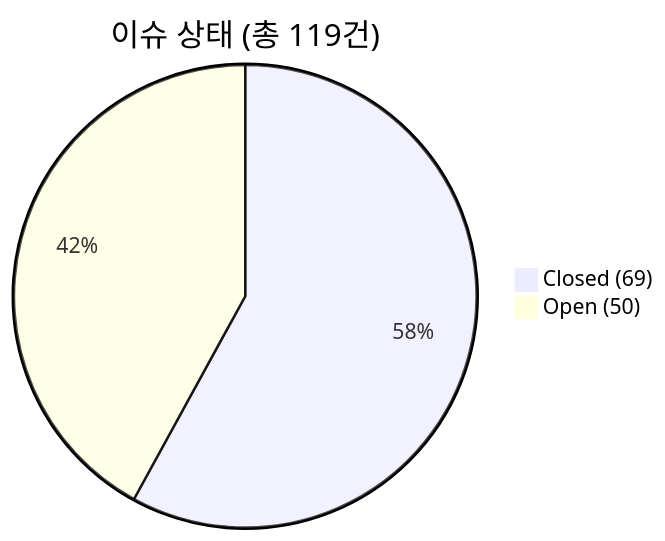
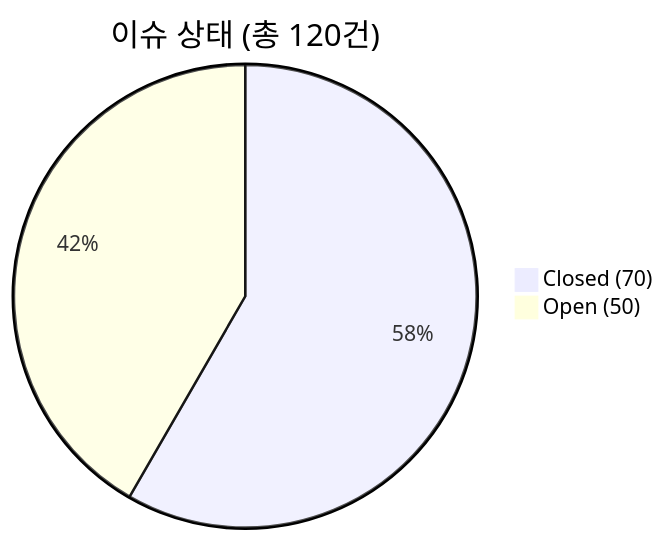
One commit to holee9/MD-process changed the first of 4 diagrams in README.md. Above: the diagram before and after it, drawn with Mermaid. The commit also changed other lines of this file, not shown here.

````diff
--- a/README.md
+++ b/README.md
@@ -87,5 +87,5 @@
 ```mermaid
-pie title 이슈 상태 (총 119건)
-    "Closed (69)" : 69
+pie title 이슈 상태 (총 120건)
+    "Closed (70)" : 70
     "Open (50)" : 50
 ```
````
